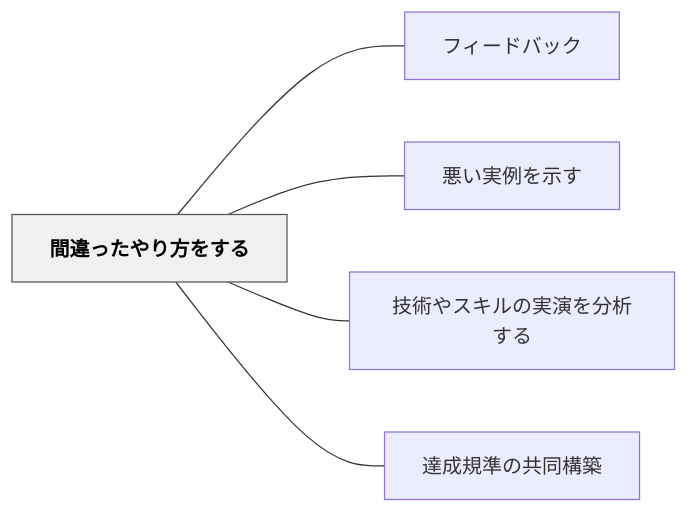
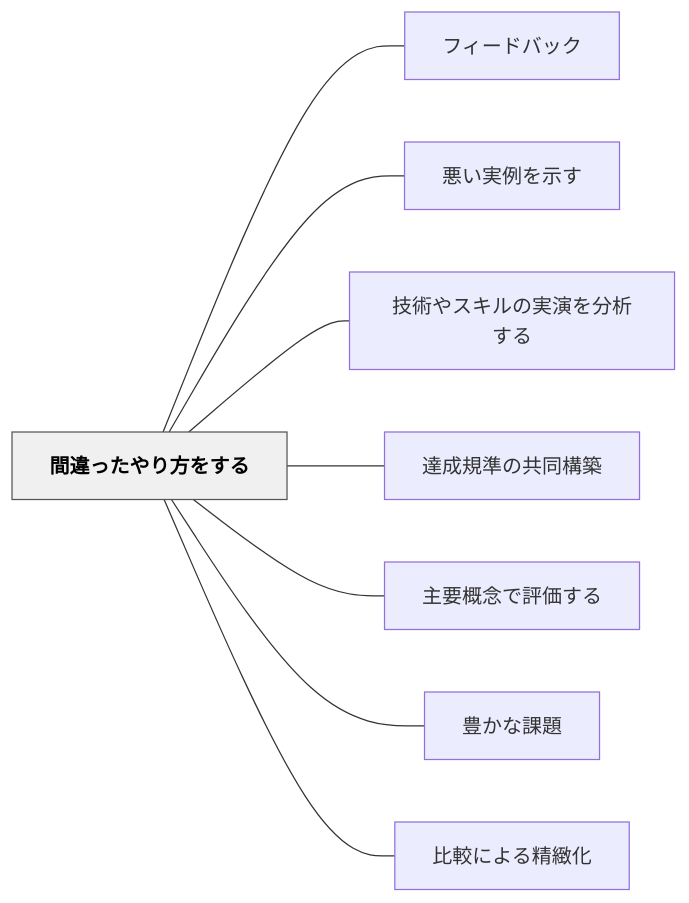
One commit to unknownthings-ed-patterns/unknownthings-ed-patterns changed the diagram in content/パタン/間違ったやり方をする.md. Above: the diagram before and after it, drawn with Mermaid. The commit also changed 20 other files, not shown here.

````diff
--- a/content/パタン/間違ったやり方をする.md
+++ b/content/パタン/間違ったやり方をする.md
@@ -47,16 +44,22 @@
 ```mermaid
 flowchart LR
     ne99693e98195e381a3e3819fe38284e3828ae696b9e38292e38199e3828b["間違ったやり方をする"]
     ne38395e382a3e383bce38389e38390e38383e382af["フィードバック"]
     ne682aae38184e5ae9fe4be8be38292e7a4bae38199["悪い実例を示す"]
     ne68a80e8a193e38284e382b9e382ade383abe381aee5ae9fe6bc94e38292e58886e69e90e38199e3828b["技術やスキルの実演を分析する"]
     ne98194e68890e8a68fe6ba96e381aee585b1e5908ce6a78be7af89["達成規準の共同構築"]
+    ne4b8bbe8a681e6a682e5bfb5e381a7e8a995e4bea1e38199e3828b["主要概念で評価する"]
+    ne8b18ae3818be381aae8aab2e9a18c["豊かな課題"]
+    ne6af94e8bc83e381abe38288e3828be7b2bee7b7bbe58c96["比較による精緻化"]
 
     ne99693e98195e381a3e3819fe38284e3828ae696b9e38292e38199e3828b --- ne38395e382a3e383bce38389e38390e38383e382af
     ne99693e98195e381a3e3819fe38284e3828ae696b9e38292e38199e3828b --- ne682aae38184e5ae9fe4be8be38292e7a4bae38199
     ne99693e98195e381a3e3819fe38284e3828ae696b9e38292e38199e3828b --- ne68a80e8a193e38284e382b9e382ade383abe381aee5ae9fe6bc94e38292e58886e69e90e38199e3828b
     ne99693e98195e381a3e3819fe38284e3828ae696b9e38292e38199e3828b --- ne98194e68890e8a68fe6ba96e381aee585b1e5908ce6a78be7af89
+    ne99693e98195e381a3e3819fe38284e3828ae696b9e38292e38199e3828b --- ne4b8bbe8a681e6a682e5bfb5e381a7e8a995e4bea1e38199e3828b
+    ne99693e98195e381a3e3819fe38284e3828ae696b9e38292e38199e3828b --- ne8b18ae3818be381aae8aab2e9a18c
+    ne99693e98195e381a3e3819fe38284e3828ae696b9e38292e38199e3828b --- ne6af94e8bc83e381abe38288e3828be7b2bee7b7bbe58c96
 
     classDef hub fill:#f0f0f0,stroke:#555,color:#000,font-weight:bold
     class ne99693e98195e381a3e3819fe38284e3828ae696b9e38292e38199e3828b hub
 ```
````
